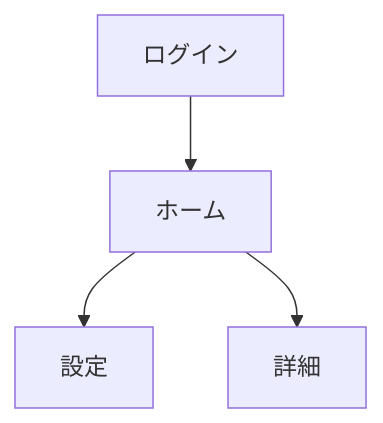
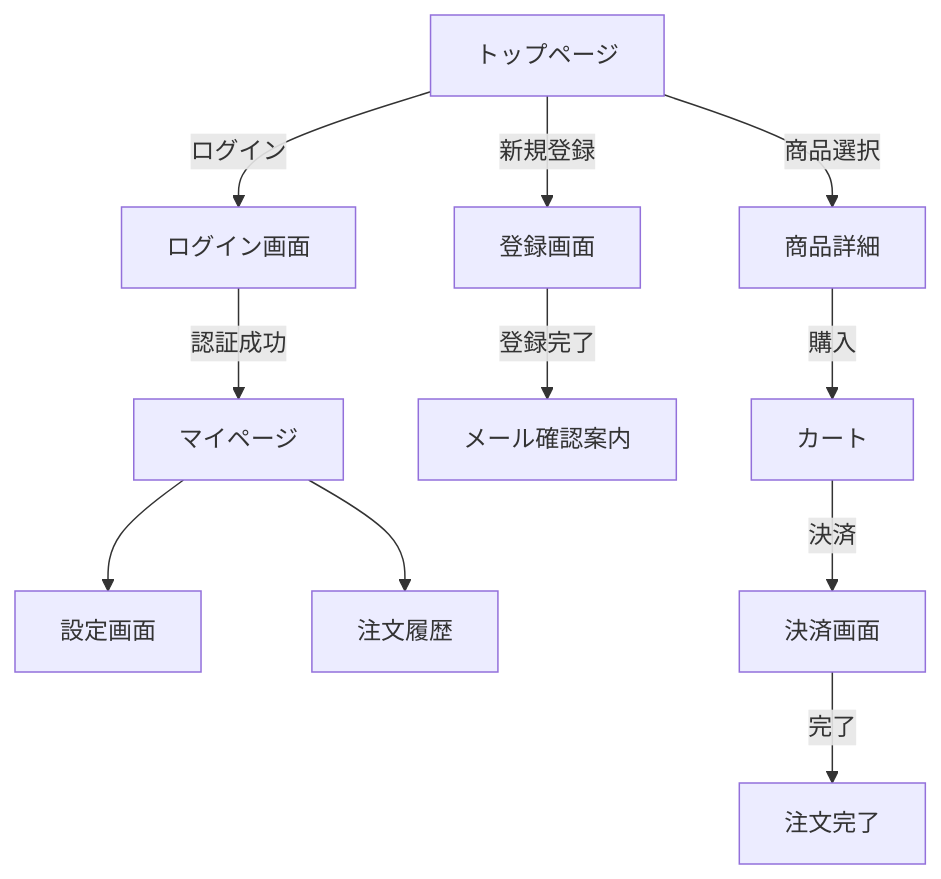
Before and after one commit to RyukaST077/ai-first-project: the third of 3 diagrams in templates/design/01_basic_design.md, drawn with Mermaid. The commit also changed other lines of this file and 10 other files, not shown here.

````diff
--- a/templates/design/01_basic_design.md
+++ b/templates/design/01_basic_design.md
@@ -48,6 +130,13 @@
 ```mermaid
 graph TD
-    S01[ログイン] --> S02[ホーム]
-    S02 --> S03[設定]
-    S02 --> S04[詳細]
+    S01[トップページ] -->|ログイン| S02[ログイン画面]
+    S01 -->|新規登録| S03[登録画面]
+    S02 -->|認証成功| S04[マイページ]
+    S03 -->|登録完了| S05[メール確認案内]
+    S04 --> S06[設定画面]
+    S04 --> S07[注文履歴]
+    S01 -->|商品選択| S08[商品詳細]
+    S08 -->|購入| S09[カート]
+    S09 -->|決済| S10[決済画面]
+    S10 -->|完了| S11[注文完了]
 ```
````
